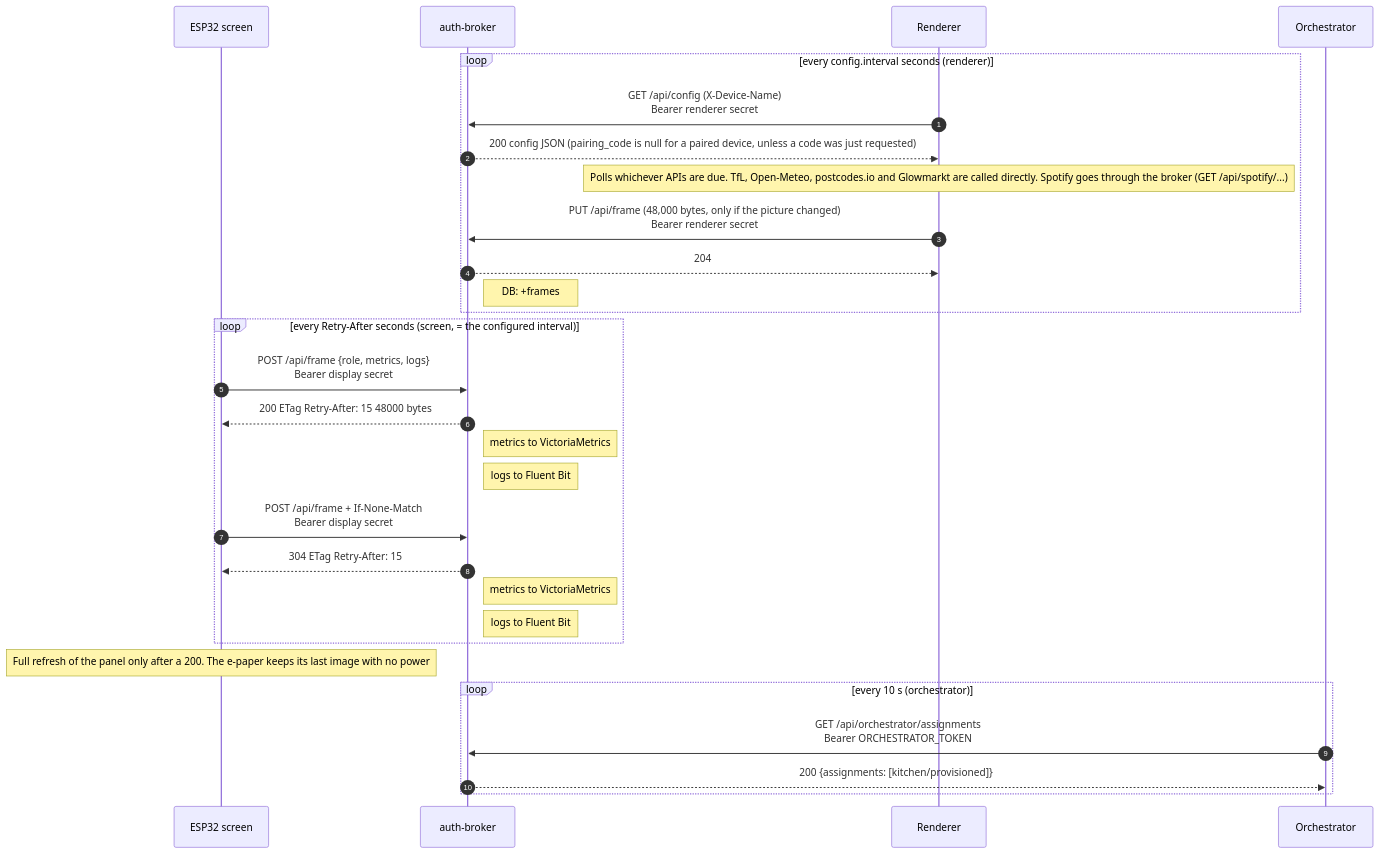
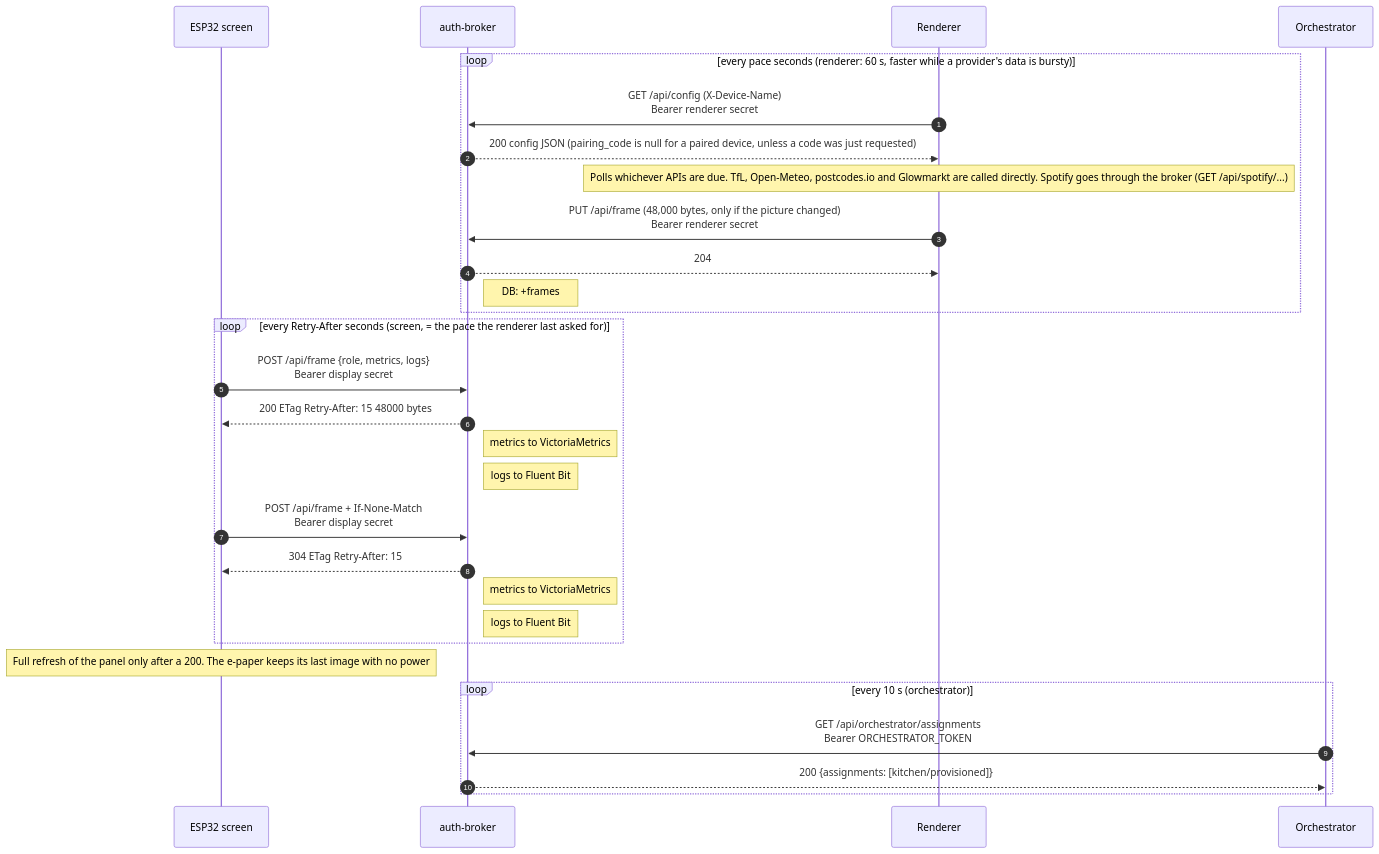
One commit to nvorkinn/auth-broker changed the seventh of 9 diagrams in docs/architecture.md. Above: the diagram before and after it, drawn with Mermaid. The commit also changed other lines of this file and 19 other files, not shown here.

First line of the commit message:
Pace the screen from the renderer's request instead of an owner setting

````diff
--- a/docs/architecture.md
+++ b/docs/architecture.md
@@ -300,31 +300,31 @@
 ```mermaid
 sequenceDiagram
     autonumber
     participant S as ESP32 screen
     participant B as auth-broker
     participant R as Renderer
     participant O as Orchestrator
-    loop every config.interval seconds (renderer)
+    loop every pace seconds (renderer: 60 s, faster while a provider's data is bursty)
         R->>B: GET /api/config (X-Device-Name)<br/>Bearer renderer secret
         B-->>R: 200 config JSON (pairing_code is null for a paired device, unless a code was just requested)
         Note over R: Polls whichever APIs are due. TfL, Open-Meteo, postcodes.io and Glowmarkt are called directly. Spotify goes through the broker (GET /api/spotify/...)
         R->>B: PUT /api/frame (48,000 bytes, only if the picture changed)<br/>Bearer renderer secret
         B-->>R: 204
         Note right of B: DB: +frames
     end
-    loop every Retry-After seconds (screen, = the configured interval)
+    loop every Retry-After seconds (screen, = the pace the renderer last asked for)
         S->>B: POST /api/frame {role, metrics, logs}<br/>Bearer display secret
         B-->>S: 200 ETag Retry-After: 15 48000 bytes
         Note right of B: metrics to VictoriaMetrics
         Note right of B: logs to Fluent Bit
         S->>B: POST /api/frame + If-None-Match<br/>Bearer display secret
         B-->>S: 304 ETag Retry-After: 15
         Note right of B: metrics to VictoriaMetrics
         Note right of B: logs to Fluent Bit
     end
     Note over S: Full refresh of the panel only after a 200. The e-paper keeps its last image with no power
     loop every 10 s (orchestrator)
         O->>B: GET /api/orchestrator/assignments<br/>Bearer ORCHESTRATOR_TOKEN
         B-->>O: 200 {assignments: [kitchen/provisioned]}
     end
 ```
````
